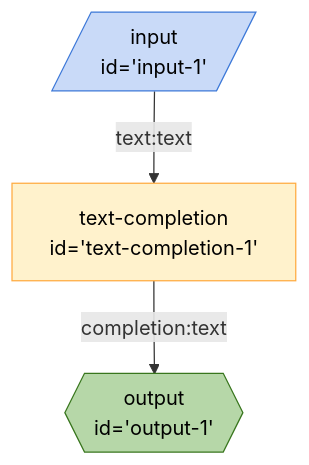
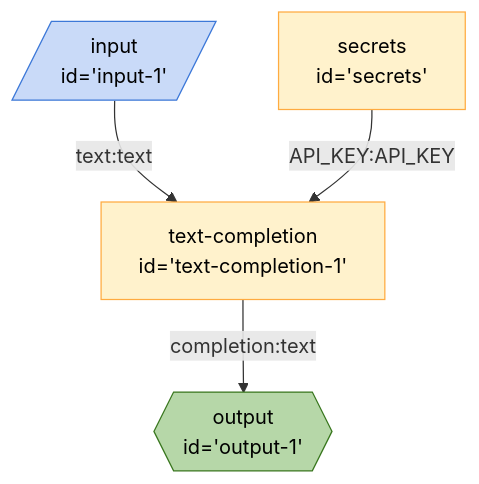
The diagram in seeds/graph-playground/docs/graphs/simplest.md (breadboard-ai/breadboard), drawn with Mermaid before and after one commit. The commit also changed 14 other files, not shown here.

Commit message:
[graphs] Update graph diagrams.

````diff
--- a/seeds/graph-playground/docs/graphs/simplest.md
+++ b/seeds/graph-playground/docs/graphs/simplest.md
@@ -4,17 +4,20 @@
 ```mermaid
 %%{init: 'themeVariables': { 'fontFamily': 'Fira Code, monospace' }}%%
 graph TD;
 input1[/"input
 id='input-1'"/]:::input -- text:text --> textcompletion1["text-completion
+id='text-completion-1'"]
+secrets["secrets
+id='secrets'"] -- API_KEY:API_KEY --> textcompletion1["text-completion
 id='text-completion-1'"]
 textcompletion1["text-completion
 id='text-completion-1'"] -- completion:text --> output1{{"output
 id='output-1'"}}:::output
 classDef default stroke:#ffab40,fill:#fff2ccff,color:#000
 classDef input stroke:#3c78d8,fill:#c9daf8ff,color:#000
 classDef output stroke:#38761d,fill:#b6d7a8ff,color:#000
 classDef passthrough stroke:#a64d79,fill:#ead1dcff,color:#000
 classDef slot stroke:#a64d79,fill:#ead1dcff,color:#000
 classDef config stroke:#a64d79,fill:#ead1dcff,color:#000
 classDef slotted stroke:#a64d79
 ```
````
